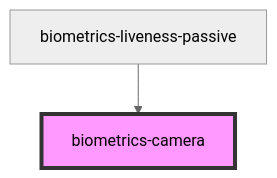
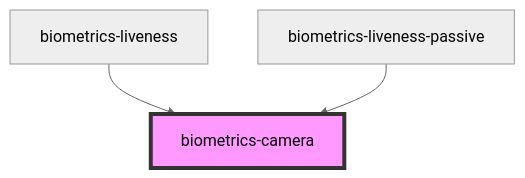
One commit to luismanuelamengual/Biometrics-Components changed the diagram in src/components/camera/readme.md. Above: the diagram before and after it, drawn with Mermaid (neutral theme). The commit also changed other lines of this file and 2 other files, not shown here.

````diff
--- a/src/components/camera/readme.md
+++ b/src/components/camera/readme.md
@@ -66,5 +77,6 @@
 ```mermaid
 graph TD;
+  biometrics-liveness --> biometrics-camera
   biometrics-liveness-passive --> biometrics-camera
   style biometrics-camera fill:#f9f,stroke:#333,stroke-width:4px
 ```
````
